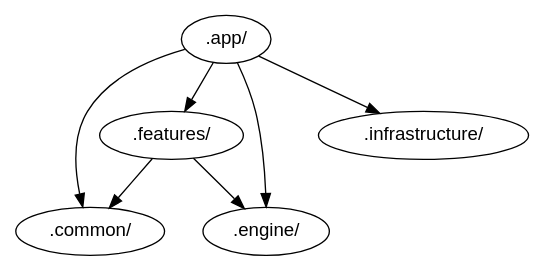
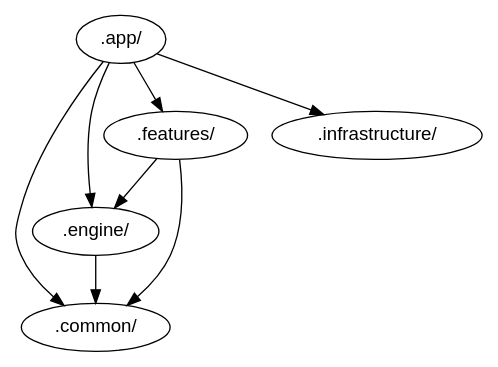
The diagram in docs/architecture/rings.dot (squliyev/bio-claim-check), drawn with Graphviz before and after one commit. The commit also changed 46 other files, not shown here.

```diff
--- a/docs/architecture/rings.dot
+++ b/docs/architecture/rings.dot
@@ -1,14 +1,15 @@
 digraph {
     node [fontname=helvetica]
     ".app" [label=".app/"]
     ".common" [label=".common/"]
     ".engine" [label=".engine/"]
     ".features" [label=".features/"]
     ".infrastructure" [label=".infrastructure/"]
     ".app" ->  ".common"
     ".app" ->  ".engine"
     ".app" ->  ".features"
     ".app" ->  ".infrastructure"
+    ".engine" ->  ".common"
     ".features" ->  ".common"
     ".features" ->  ".engine"
 }
```
